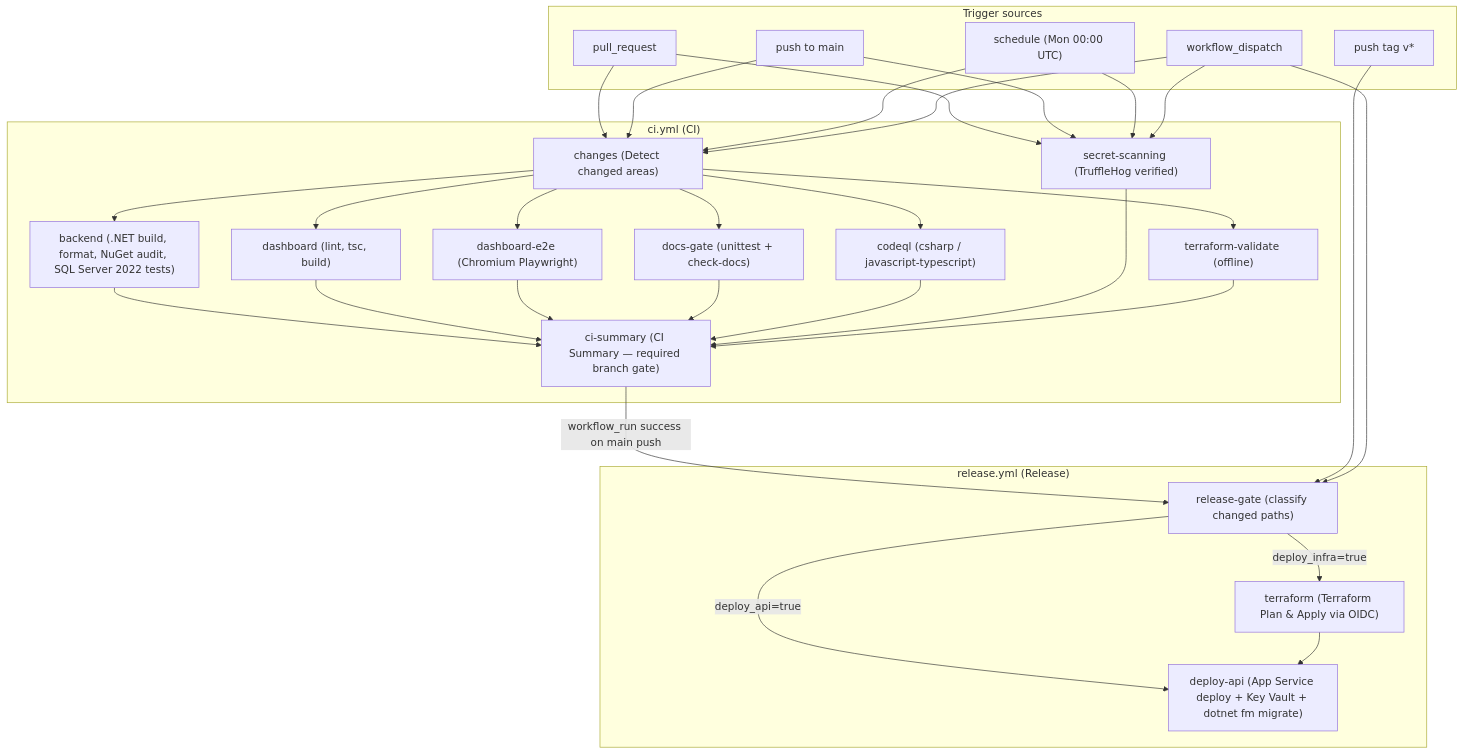
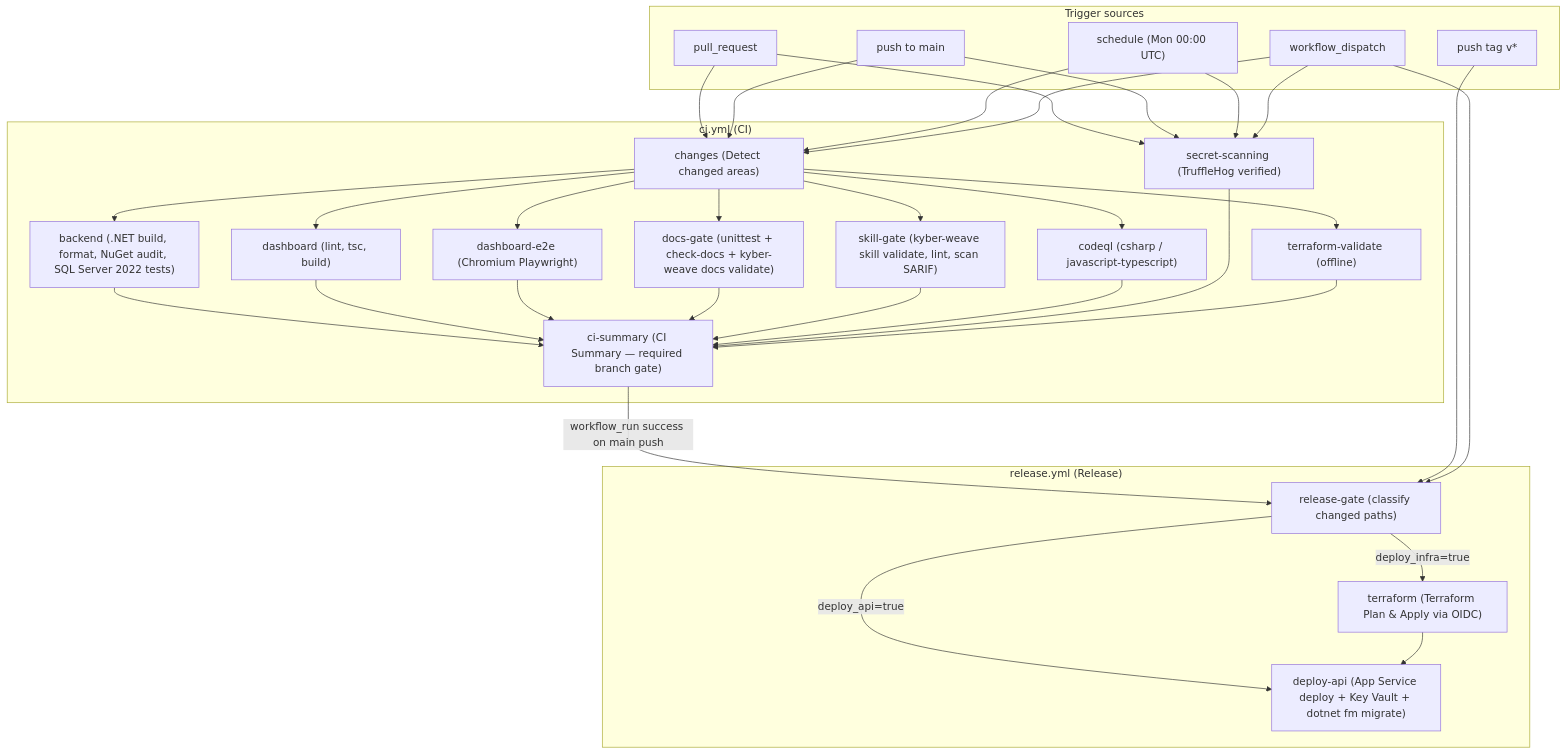
One commit to dpalfery/hotshot-logistics-demo changed the diagram in 6-Docs/devops/ci-cd-pipelines.md. Above: the diagram before and after it, drawn with Mermaid. The commit also changed other lines of this file and 5 other files, not shown here.

First line of the commit message:
ci: add Kyber-Weave docs ontology and skill hygiene gates (#171)

````diff
--- a/6-Docs/devops/ci-cd-pipelines.md
+++ b/6-Docs/devops/ci-cd-pipelines.md
@@ -39,42 +39,43 @@
 ```mermaid
 flowchart TD
   subgraph sources["Trigger sources"]
     PR["pull_request"]
     PUSH["push to main"]
     TAG["push tag v*"]
     SCHED["schedule (Mon 00:00 UTC)"]
     DISPATCH["workflow_dispatch"]
   end
 
   subgraph ci_wf["ci.yml (CI)"]
     CHG["changes (Detect changed areas)"]
     BE["backend (.NET build, format, NuGet audit, SQL Server 2022 tests)"]
     FE["dashboard (lint, tsc, build)"]
     E2E["dashboard-e2e (Chromium Playwright)"]
-    DOC["docs-gate (unittest + check-docs)"]
+    DOC["docs-gate (unittest + check-docs + kyber-weave docs validate)"]
+    SKG["skill-gate (kyber-weave skill validate, lint, scan SARIF)"]
     CQL["codeql (csharp / javascript-typescript)"]
     SEC["secret-scanning (TruffleHog verified)"]
     TFV["terraform-validate (offline)"]
     SUM["ci-summary (CI Summary — required branch gate)"]
 
-    CHG --> BE & FE & E2E & DOC & CQL & TFV
-    BE & FE & E2E & DOC & CQL & SEC & TFV --> SUM
+    CHG --> BE & FE & E2E & DOC & SKG & CQL & TFV
+    BE & FE & E2E & DOC & SKG & CQL & SEC & TFV --> SUM
   end
 
   subgraph rel_wf["release.yml (Release)"]
     GATE["release-gate (classify changed paths)"]
     TF["terraform (Terraform Plan & Apply via OIDC)"]
     API["deploy-api (App Service deploy + Key Vault + dotnet fm migrate)"]
     GATE -->|deploy_infra=true| TF
     GATE -->|deploy_api=true| API
     TF --> API
   end
 
   PR --> CHG & SEC
   PUSH --> CHG & SEC
   SCHED --> CHG & SEC
   DISPATCH --> CHG & SEC
   SUM -->|workflow_run success on main push| GATE
   TAG --> GATE
   DISPATCH --> GATE
 ```
````
